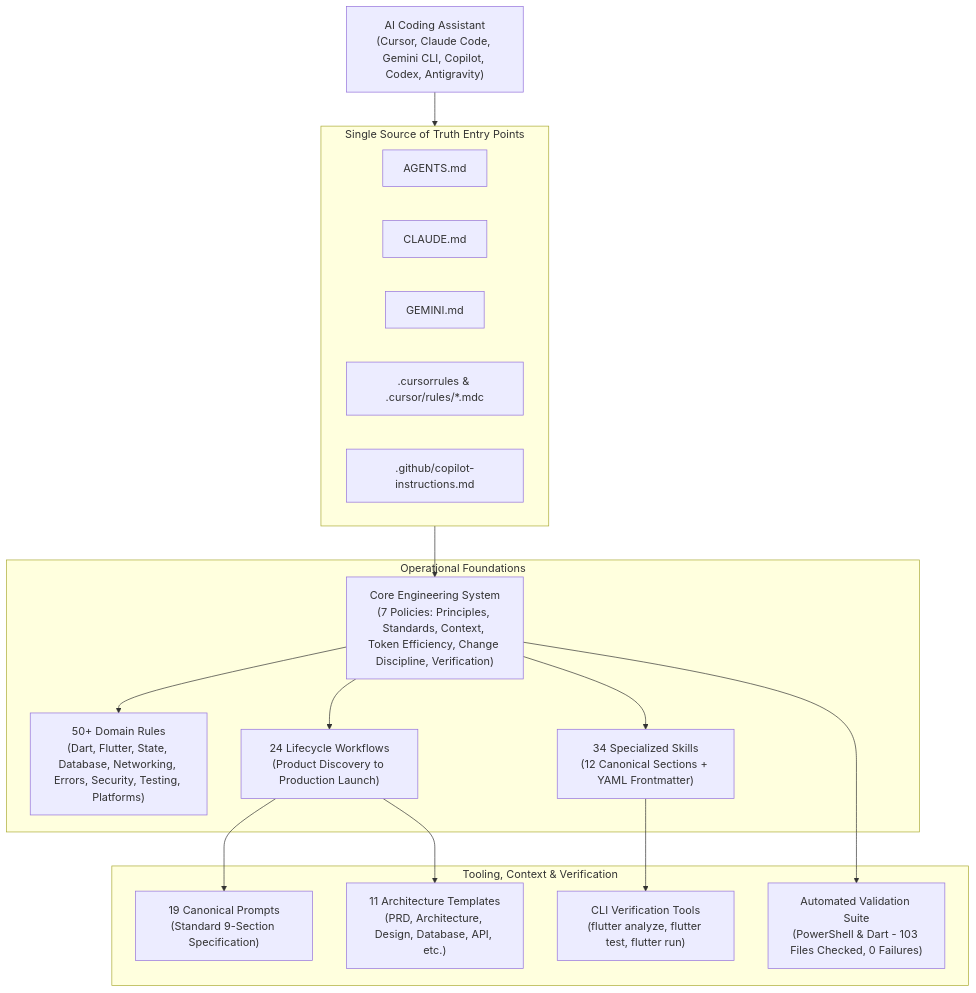
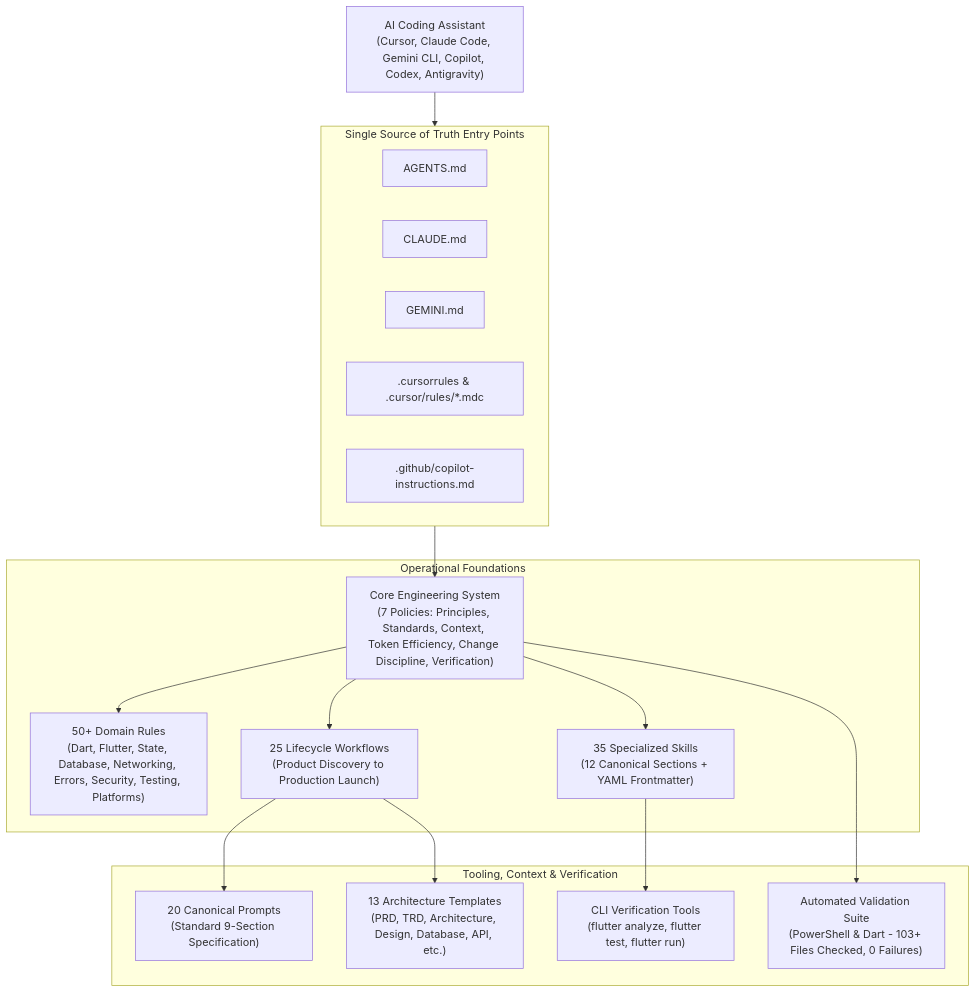
The diagram in README.md (valaprashant97/flutter-agent-kit), drawn with Mermaid before and after one commit. The commit also changed other lines of this file and 24 other files, not shown here.

Commit message:
feat(workflow): implement professional task management, in-project documentation architecture, and incremental development system

````diff
--- a/README.md
+++ b/README.md
@@ -44,28 +45,28 @@
 ```mermaid
 graph TD
     Agent["AI Coding Assistant<br>(Cursor, Claude Code, Gemini CLI, Copilot, Codex, Antigravity)"]
     
     subgraph Entry ["Single Source of Truth Entry Points"]
         AGENTS["AGENTS.md"]
         CLAUDE["CLAUDE.md"]
         GEMINI["GEMINI.md"]
         CURSOR[".cursorrules & .cursor/rules/*.mdc"]
         COPILOT[".github/copilot-instructions.md"]
     end
     
     Agent --> Entry
     Entry --> Core["Core Engineering System<br>(7 Policies: Principles, Standards, Context, Token Efficiency, Change Discipline, Verification)"]
     
     subgraph Foundations ["Operational Foundations"]
         Core --> Rules["50+ Domain Rules<br>(Dart, Flutter, State, Database, Networking, Errors, Security, Testing, Platforms)"]
-        Core --> Skills["34 Specialized Skills<br>(12 Canonical Sections + YAML Frontmatter)"]
-        Core --> Workflows["24 Lifecycle Workflows<br>(Product Discovery to Production Launch)"]
+        Core --> Skills["35 Specialized Skills<br>(12 Canonical Sections + YAML Frontmatter)"]
+        Core --> Workflows["25 Lifecycle Workflows<br>(Product Discovery to Production Launch)"]
     end
     
     subgraph Execution ["Tooling, Context & Verification"]
-        Workflows --> Prompts["19 Canonical Prompts<br>(Standard 9-Section Specification)"]
-        Workflows --> Templates["11 Architecture Templates<br>(PRD, Architecture, Design, Database, API, etc.)"]
+        Workflows --> Prompts["20 Canonical Prompts<br>(Standard 9-Section Specification)"]
+        Workflows --> Templates["13 Architecture Templates<br>(PRD, TRD, Architecture, Design, Database, API, etc.)"]
         Skills --> CLI["CLI Verification Tools<br>(flutter analyze, flutter test, flutter run)"]
-        Core --> Validation["Automated Validation Suite<br>(PowerShell & Dart - 103 Files Checked, 0 Failures)"]
+        Core --> Validation["Automated Validation Suite<br>(PowerShell & Dart - 103+ Files Checked, 0 Failures)"]
     end
 ```
````
